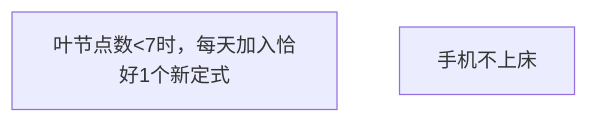
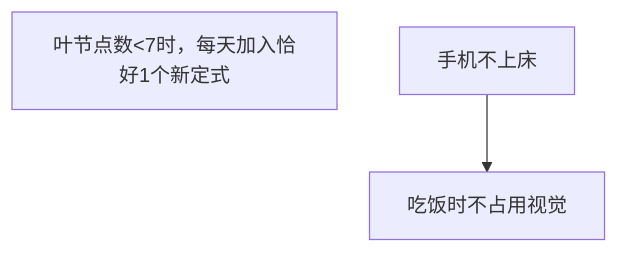
Before and after one commit to Ethkuil/RSIP-tree: the diagram in README.md, drawn with Mermaid.

Commit message:
insert #2: 吃饭时不占用视觉

````diff
--- a/README.md
+++ b/README.md
@@ -5,6 +5,7 @@
 ```mermaid
 graph TD
 
 0[叶节点数<7时，每天加入恰好1个新定式]
 1[手机不上床]
+1 --> 2[吃饭时不占用视觉]
 ```
````
